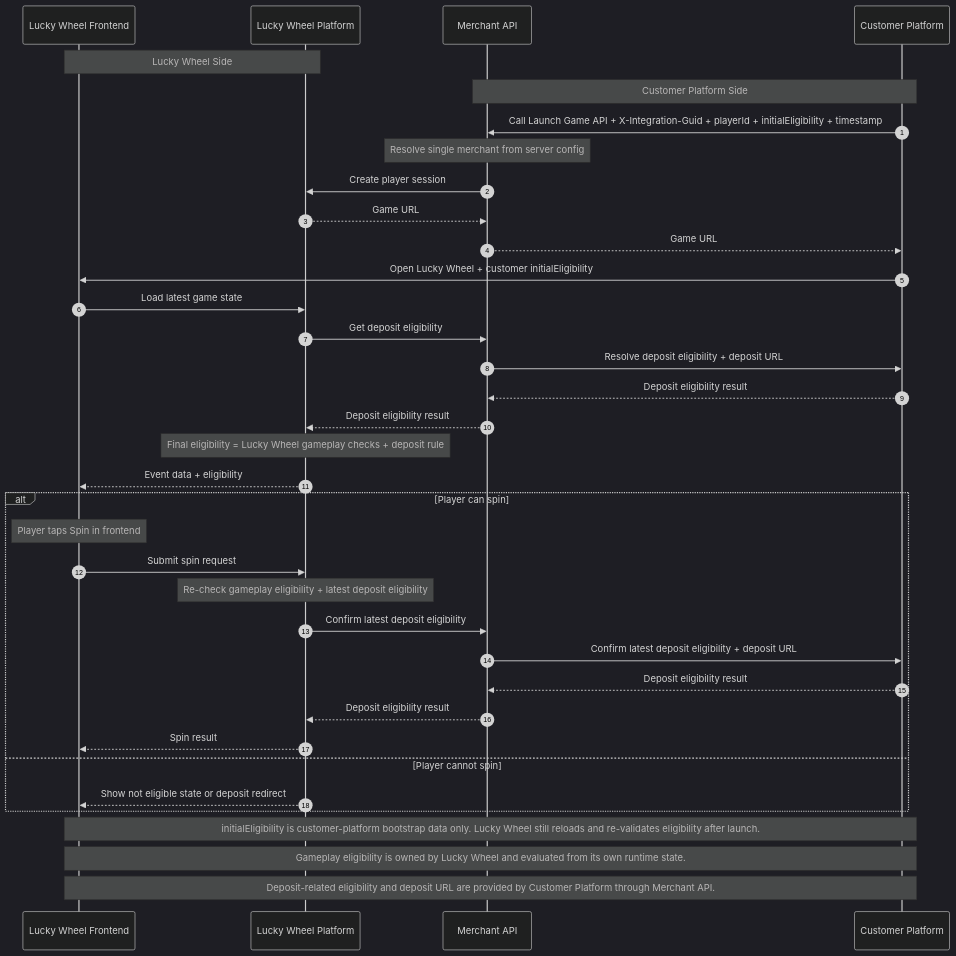
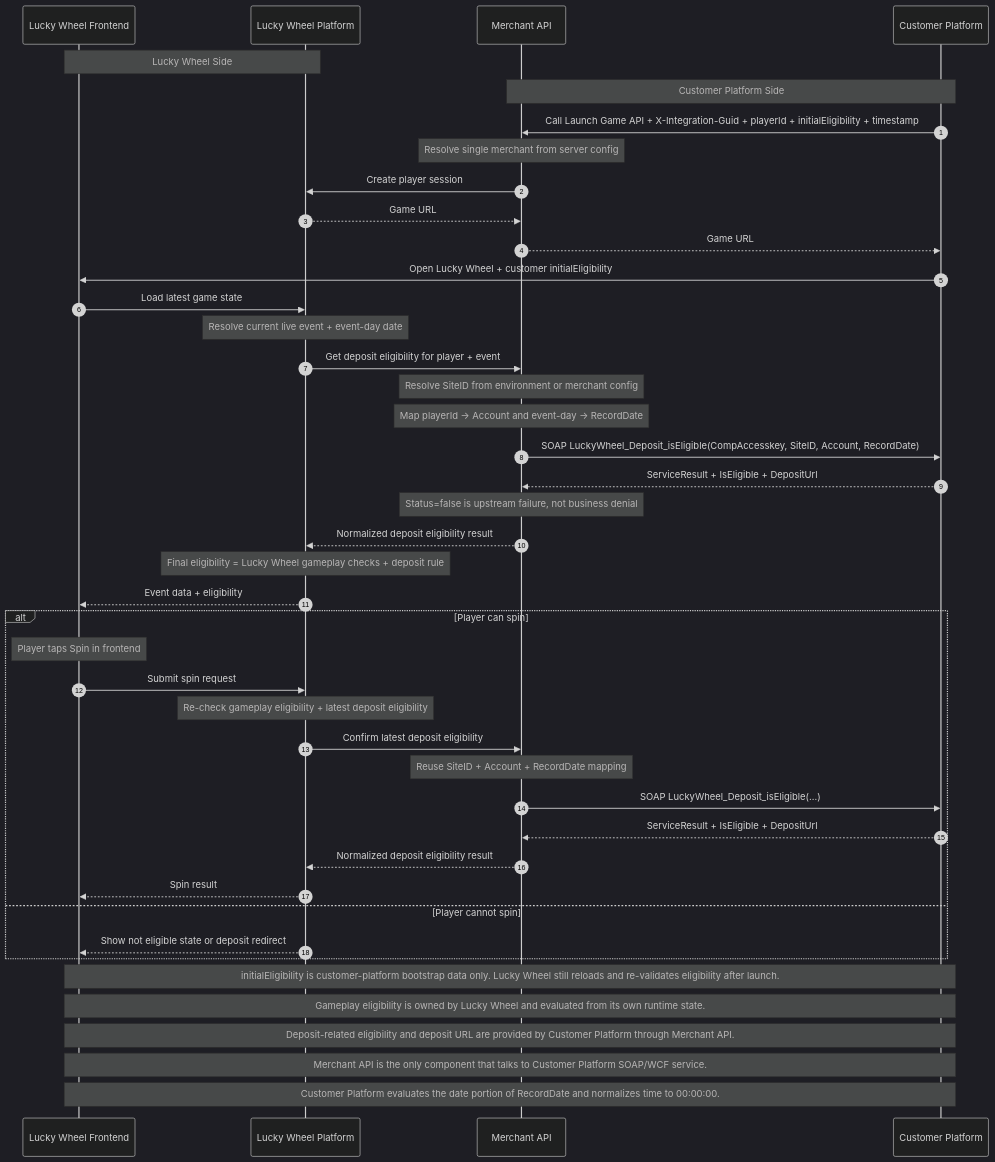
The diagram in LuckyWheel_Dataflow_Diagram_Public.md (ElricStormking/LuckyWheelLeaderboard), drawn with Mermaid (dark theme) before and after one commit. The commit also changed 19 other files, not shown here.

Commit message:
Integrate customer platform eligibility and update docs

````diff
--- a/LuckyWheel_Dataflow_Diagram_Public.md
+++ b/LuckyWheel_Dataflow_Diagram_Public.md
@@ -12,43 +12,50 @@
 ```mermaid
 sequenceDiagram
     autonumber
     participant LWF as Lucky Wheel Frontend
     participant LWP as Lucky Wheel Platform
     participant MAP as Merchant API
     participant CP as Customer Platform
 
     Note over LWF,LWP: Lucky Wheel Side
     Note over MAP,CP: Customer Platform Side
 
     CP->>MAP: Call Launch Game API + X-Integration-Guid + playerId + initialEligibility + timestamp
     Note over MAP: Resolve single merchant from server config
     MAP->>LWP: Create player session
     LWP-->>MAP: Game URL
     MAP-->>CP: Game URL
     CP->>LWF: Open Lucky Wheel + customer initialEligibility
 
     LWF->>LWP: Load latest game state
-    LWP->>MAP: Get deposit eligibility
-    MAP->>CP: Resolve deposit eligibility + deposit URL
-    CP-->>MAP: Deposit eligibility result
-    MAP-->>LWP: Deposit eligibility result
+    Note over LWP: Resolve current live event + event-day date
+    LWP->>MAP: Get deposit eligibility for player + event
+    Note over MAP: Resolve SiteID from environment or merchant config
+    Note over MAP: Map playerId -> Account and event-day -> RecordDate
+    MAP->>CP: SOAP LuckyWheel_Deposit_isEligible(CompAccesskey, SiteID, Account, RecordDate)
+    CP-->>MAP: ServiceResult + IsEligible + DepositUrl
+    Note over MAP: Status=false is upstream failure, not business denial
+    MAP-->>LWP: Normalized deposit eligibility result
     Note over LWP: Final eligibility = Lucky Wheel gameplay checks + deposit rule
     LWP-->>LWF: Event data + eligibility
 
     alt Player can spin
         Note over LWF: Player taps Spin in frontend
         LWF->>LWP: Submit spin request
         Note over LWP: Re-check gameplay eligibility + latest deposit eligibility
         LWP->>MAP: Confirm latest deposit eligibility
-        MAP->>CP: Confirm latest deposit eligibility + deposit URL
-        CP-->>MAP: Deposit eligibility result
-        MAP-->>LWP: Deposit eligibility result
+        Note over MAP: Reuse SiteID + Account + RecordDate mapping
+        MAP->>CP: SOAP LuckyWheel_Deposit_isEligible(...)
+        CP-->>MAP: ServiceResult + IsEligible + DepositUrl
+        MAP-->>LWP: Normalized deposit eligibility result
         LWP-->>LWF: Spin result
     else Player cannot spin
         LWP-->>LWF: Show not eligible state or deposit redirect
     end
 
     Note over LWF,CP: initialEligibility is customer-platform bootstrap data only. Lucky Wheel still reloads and re-validates eligibility after launch.
     Note over LWF,CP: Gameplay eligibility is owned by Lucky Wheel and evaluated from its own runtime state.
     Note over LWF,CP: Deposit-related eligibility and deposit URL are provided by Customer Platform through Merchant API.
+    Note over LWF,CP: Merchant API is the only component that talks to Customer Platform SOAP/WCF service.
+    Note over LWF,CP: Customer Platform evaluates the date portion of RecordDate and normalizes time to 00:00:00.
 ```
````
